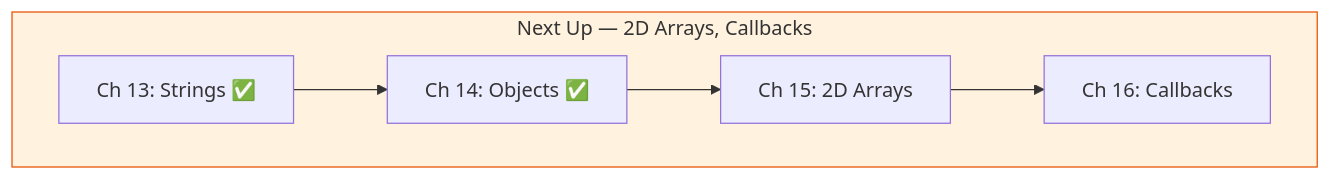
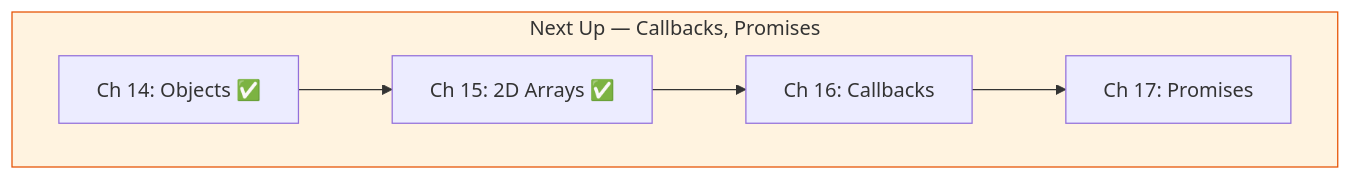
Diagram 56 of 58 in README.md (AnandTongbram/LearnPlaywrightBatch2x), drawn with Mermaid before and after one commit. The commit also changed other lines of this file and 6 other files, not shown here.

````diff
--- a/README.md
+++ b/README.md
@@ -3468,10 +3706,10 @@
 ```mermaid
 graph TD
-    subgraph next["Next Up — 2D Arrays, Callbacks"]
-        N1[Ch 13: Strings ✅] --> N2[Ch 14: Objects ✅]
-        N2 --> N3[Ch 15: 2D Arrays]
-        N3 --> N4[Ch 16: Callbacks]
+    subgraph next["Next Up — Callbacks, Promises"]
+        N1[Ch 14: Objects ✅] --> N2[Ch 15: 2D Arrays ✅]
+        N2 --> N3[Ch 16: Callbacks]
+        N3 --> N4[Ch 17: Promises]
     end
 
     style next fill:#fff3e0,stroke:#e65100
 ```
````
